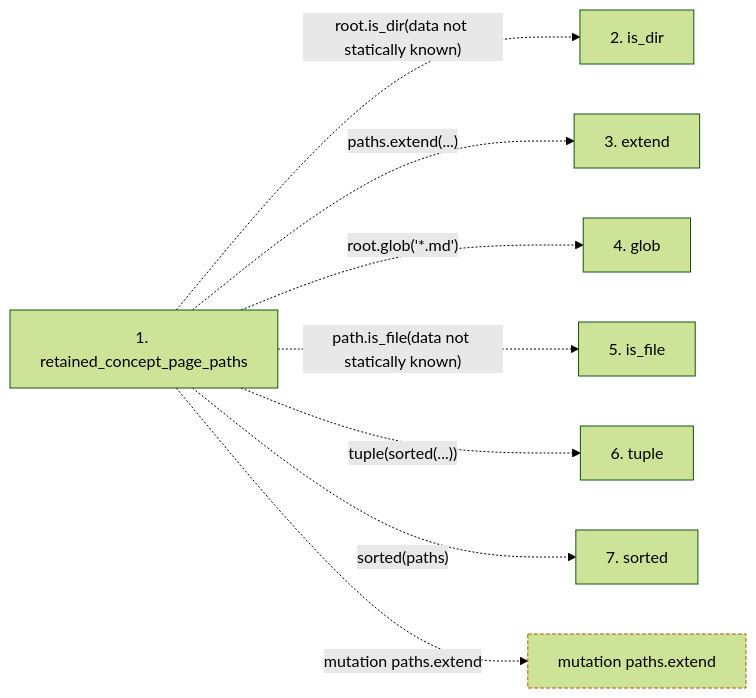
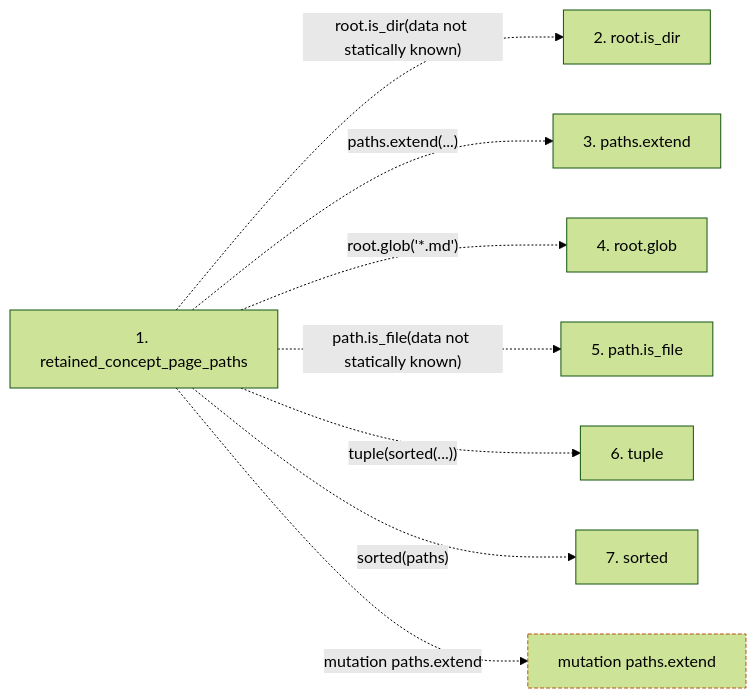
One commit to Denissvgn/python-wiki-llm changed the second of 2 diagrams in docs/llm_wiki/flows/api-retained_concept_page_paths.md. Above: the diagram before and after it, drawn with Mermaid (forest theme). The commit also changed other lines of this file and 719 other files, not shown here.

````diff
--- a/docs/llm_wiki/flows/api-retained_concept_page_paths.md
+++ b/docs/llm_wiki/flows/api-retained_concept_page_paths.md
@@ -30,21 +30,21 @@
 ```mermaid
 flowchart LR
     s1["1. retained_concept_page_paths"]
-    s2["2. is_dir"]
-    s3["3. extend"]
-    s4["4. glob"]
-    s5["5. is_file"]
+    s2["2. root.is_dir"]
+    s3["3. paths.extend"]
+    s4["4. root.glob"]
+    s5["5. path.is_file"]
     s6["6. tuple"]
     s7["7. sorted"]
     s1 -. "root.is_dir(data not statically known)" .-> s2
     s1 -. "paths.extend(...)" .-> s3
     s1 -. "root.glob('*.md')" .-> s4
     s1 -. "path.is_file(data not statically known)" .-> s5
     s1 -. "tuple(sorted(...))" .-> s6
     s1 -. "sorted(paths)" .-> s7
     b0["mutation paths.extend"]
     s1 -. "mutation paths.extend" .-> b0
     click s1 "../modules/sync_manifest.md"
     classDef boundary stroke:#b45309,stroke-dasharray: 4 2
     class b0 boundary
 ```
````
